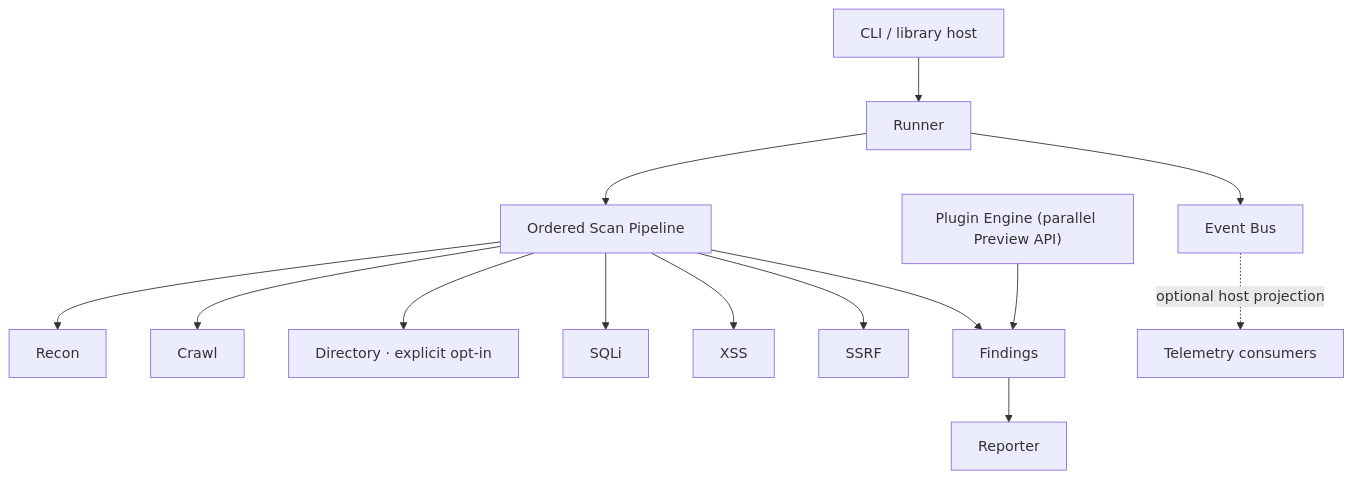
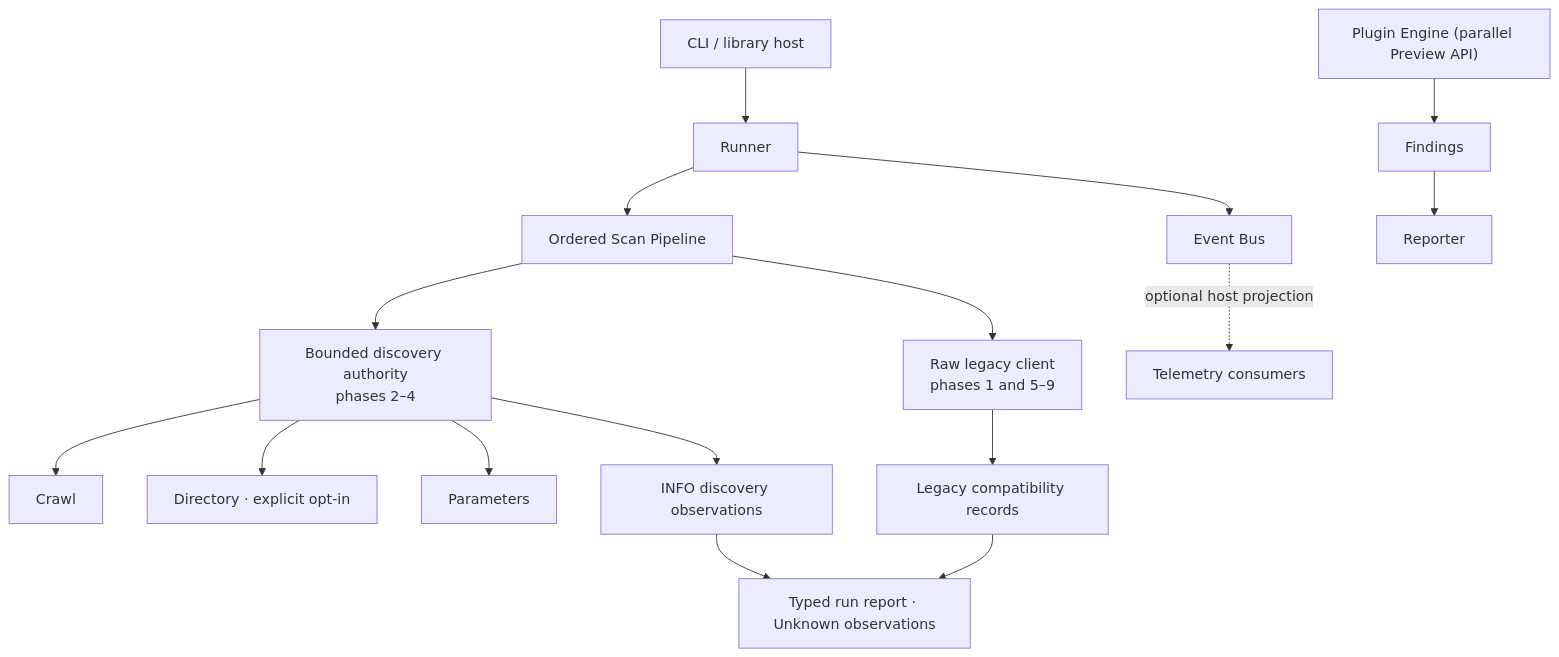
Before and after one commit to ITherso/termivar: the second of 4 diagrams in docs/architecture.md, drawn with Mermaid. The commit also changed other lines of this file and 32 other files, not shown here.

Commit message:
fix(scanner): bound legacy discovery semantics

````diff
--- a/docs/architecture.md
+++ b/docs/architecture.md
@@ -45,16 +45,18 @@
 ```mermaid
 flowchart TD
     Host["CLI / library host"] --> Runner
     Runner --> Pipeline["Ordered Scan Pipeline"]
-    Pipeline --> Recon
-    Pipeline --> Crawl
-    Pipeline --> Directory["Directory · explicit opt-in"]
-    Pipeline --> SQLi
-    Pipeline --> XSS
-    Pipeline --> SSRF
-    Pipeline --> Findings
+    Pipeline --> Discovery["Bounded discovery authority<br/>phases 2–4"]
+    Discovery --> Crawl
+    Discovery --> Directory["Directory · explicit opt-in"]
+    Discovery --> Parameters
+    Pipeline --> RawLegacy["Raw legacy client<br/>phases 1 and 5–9"]
+    Discovery --> DiscoveryRecords["INFO discovery observations"]
+    RawLegacy --> LegacyRecords["Legacy compatibility records"]
+    DiscoveryRecords --> RunReport["Typed run report · Unknown observations"]
+    LegacyRecords --> RunReport
     PluginEngine["Plugin Engine (parallel Preview API)"] --> Findings
     Runner --> Events["Event Bus"]
     Findings --> Reporter
     Events -. "optional host projection" .-> Observers["Telemetry consumers"]
 ```
````
